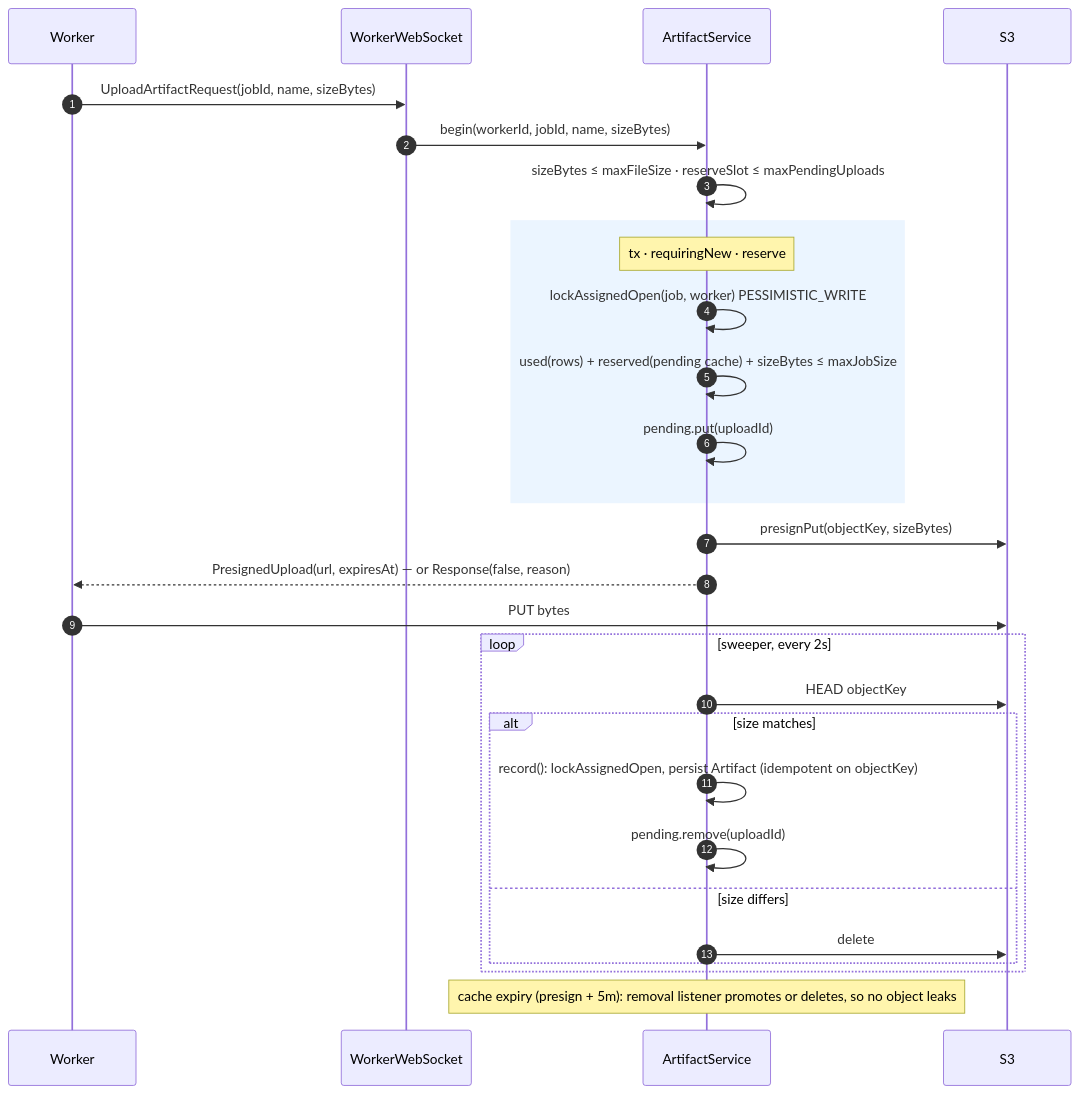
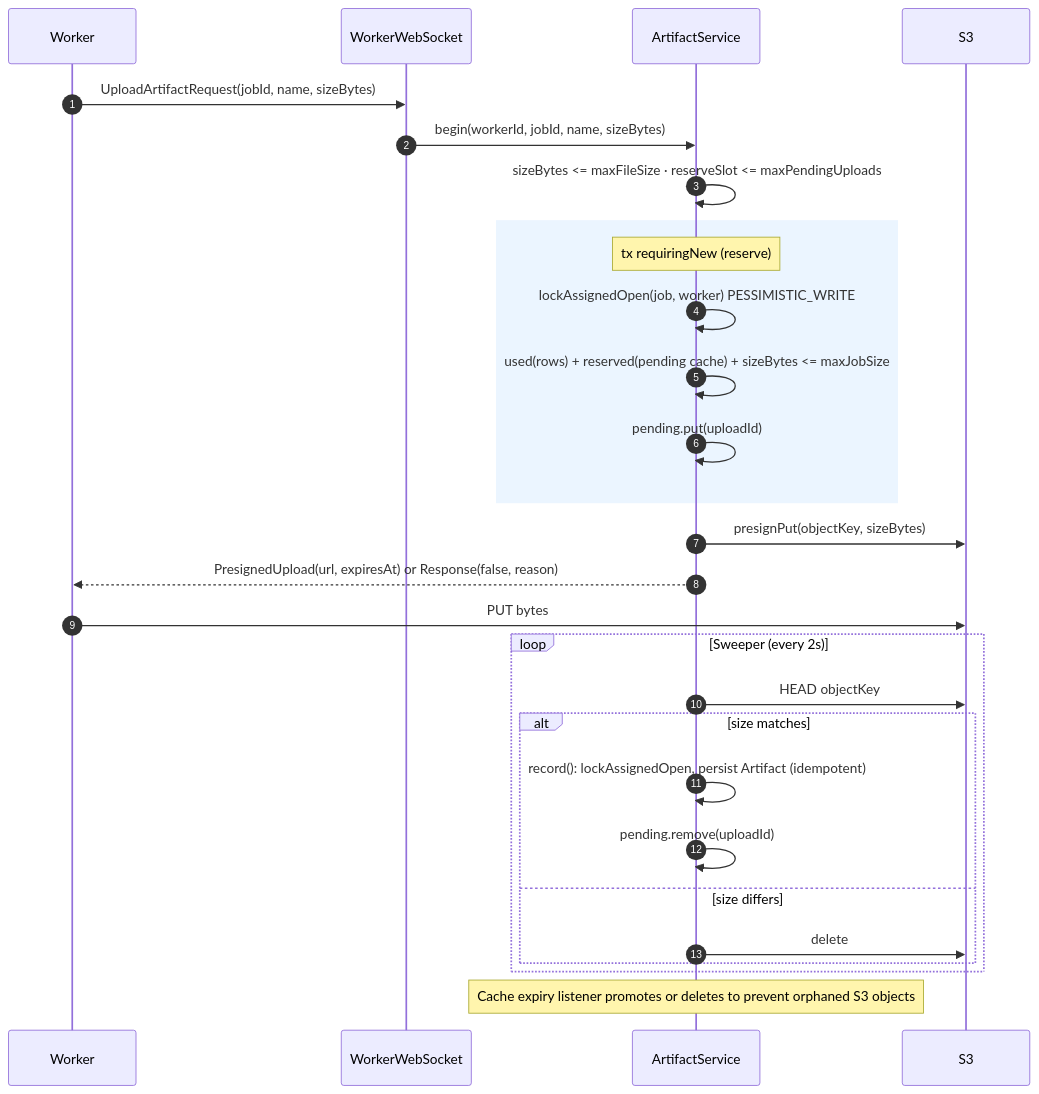
The diagram in agent-docs/artifacts.md (iceBear67/prts-central), drawn with Mermaid before and after one commit. The commit also changed other lines of this file and 53 other files, not shown here.

````diff
--- a/agent-docs/artifacts.md
+++ b/agent-docs/artifacts.md
@@ -14,31 +7,31 @@
 ```mermaid
 sequenceDiagram
     autonumber
     participant W as Worker
     participant WS as WorkerWebSocket
     participant A as ArtifactService
     participant S3
 
     W->>WS: UploadArtifactRequest(jobId, name, sizeBytes)
     WS->>A: begin(workerId, jobId, name, sizeBytes)
-    A->>A: sizeBytes ≤ maxFileSize · reserveSlot ≤ maxPendingUploads
+    A->>A: sizeBytes <= maxFileSize · reserveSlot <= maxPendingUploads
     rect rgb(235, 245, 255)
-        Note over A: tx · requiringNew · reserve
+        Note over A: tx requiringNew (reserve)
         A->>A: lockAssignedOpen(job, worker) PESSIMISTIC_WRITE
-        A->>A: used(rows) + reserved(pending cache) + sizeBytes ≤ maxJobSize
+        A->>A: used(rows) + reserved(pending cache) + sizeBytes <= maxJobSize
         A->>A: pending.put(uploadId)
     end
     A->>S3: presignPut(objectKey, sizeBytes)
-    A-->>W: PresignedUpload(url, expiresAt) — or Response(false, reason)
+    A-->>W: PresignedUpload(url, expiresAt) or Response(false, reason)
     W->>S3: PUT bytes
-    loop sweeper, every 2s
+    loop Sweeper (every 2s)
         A->>S3: HEAD objectKey
         alt size matches
-            A->>A: record(): lockAssignedOpen, persist Artifact (idempotent on objectKey)
+            A->>A: record(): lockAssignedOpen, persist Artifact (idempotent)
             A->>A: pending.remove(uploadId)
         else size differs
             A->>S3: delete
         end
     end
-    Note over A: cache expiry (presign + 5m): removal listener promotes or deletes, so no object leaks
+    Note over A: Cache expiry listener promotes or deletes to prevent orphaned S3 objects
 ```
````
